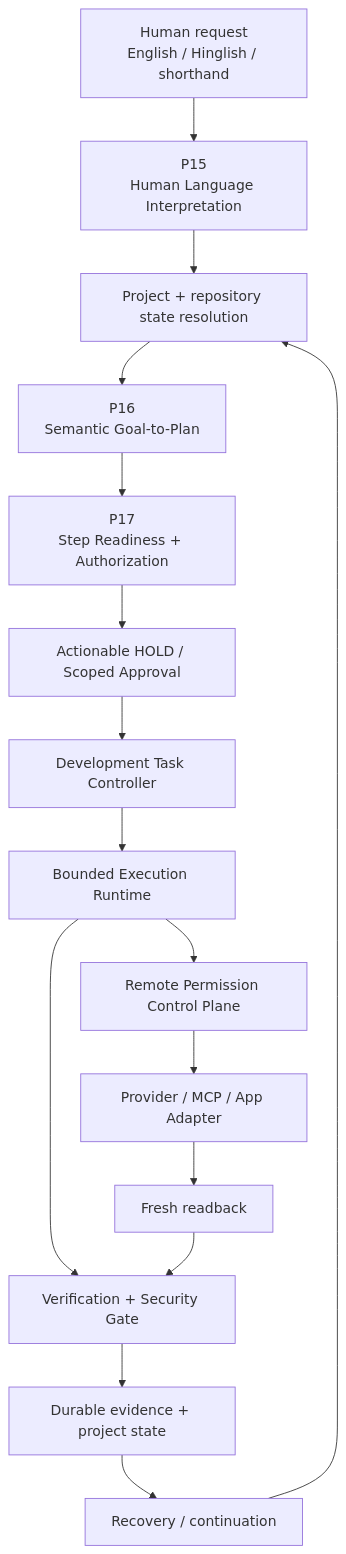
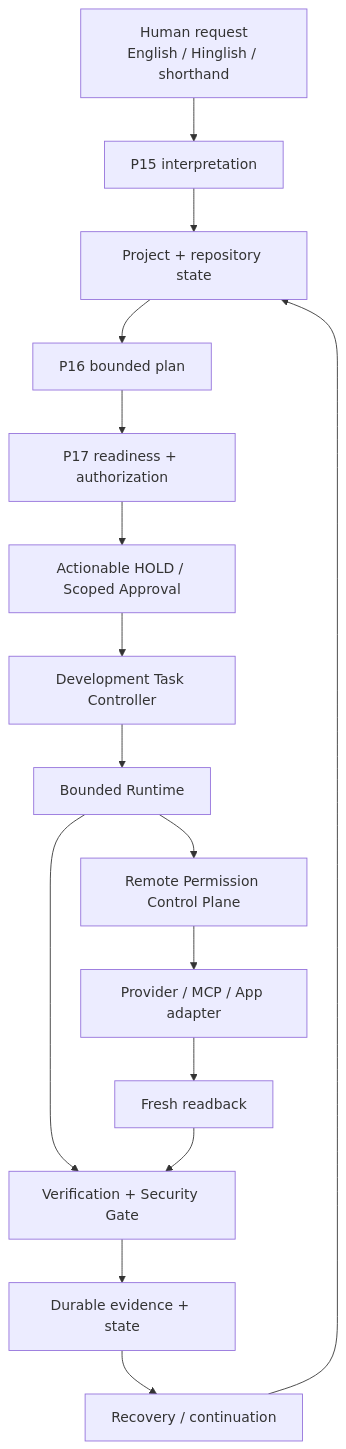
Before and after one commit to zzpsah/chatgpt-development-os: the first of 4 diagrams in docs/DEVOS-MASTER-ENGINEERING-MAP.md, drawn with Mermaid. The commit also changed other lines of this file, not shown here.

Commit message:
Make canonical master architecture enforce living engineering map

````diff
--- a/docs/DEVOS-MASTER-ENGINEERING-MAP.md
+++ b/docs/DEVOS-MASTER-ENGINEERING-MAP.md
@@ -90,18 +87,18 @@
 ```mermaid
 flowchart TD
-    U[Human request<br/>English / Hinglish / shorthand] --> P15[P15<br/>Human Language Interpretation]
-    P15 --> S[Project + repository state resolution]
-    S --> P16[P16<br/>Semantic Goal-to-Plan]
-    P16 --> P17[P17<br/>Step Readiness + Authorization]
+    U[Human request<br/>English / Hinglish / shorthand] --> P15[P15 interpretation]
+    P15 --> S[Project + repository state]
+    S --> P16[P16 bounded plan]
+    P16 --> P17[P17 readiness + authorization]
     P17 --> AH[Actionable HOLD / Scoped Approval]
     AH --> CTRL[Development Task Controller]
-    CTRL --> RT[Bounded Execution Runtime]
+    CTRL --> RT[Bounded Runtime]
     RT --> V[Verification + Security Gate]
-    V --> PS[Durable evidence + project state]
-    PS --> REC[Recovery / continuation]
-    REC --> S
-    RT --> RM[Remote Permission Control Plane]
-    RM --> PA[Provider / MCP / App Adapter]
+    V --> D[Durable evidence + state]
+    D --> R[Recovery / continuation]
+    R --> S
+    RT --> RP[Remote Permission Control Plane]
+    RP --> PA[Provider / MCP / App adapter]
     PA --> FR[Fresh readback]
     FR --> V
 ```
````
